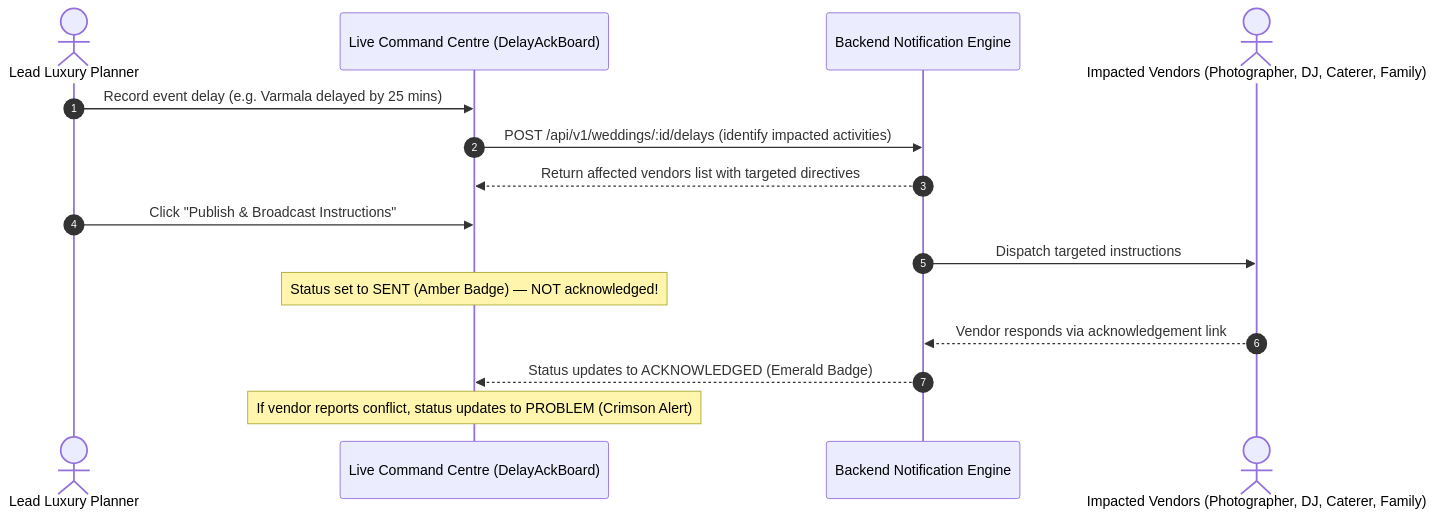
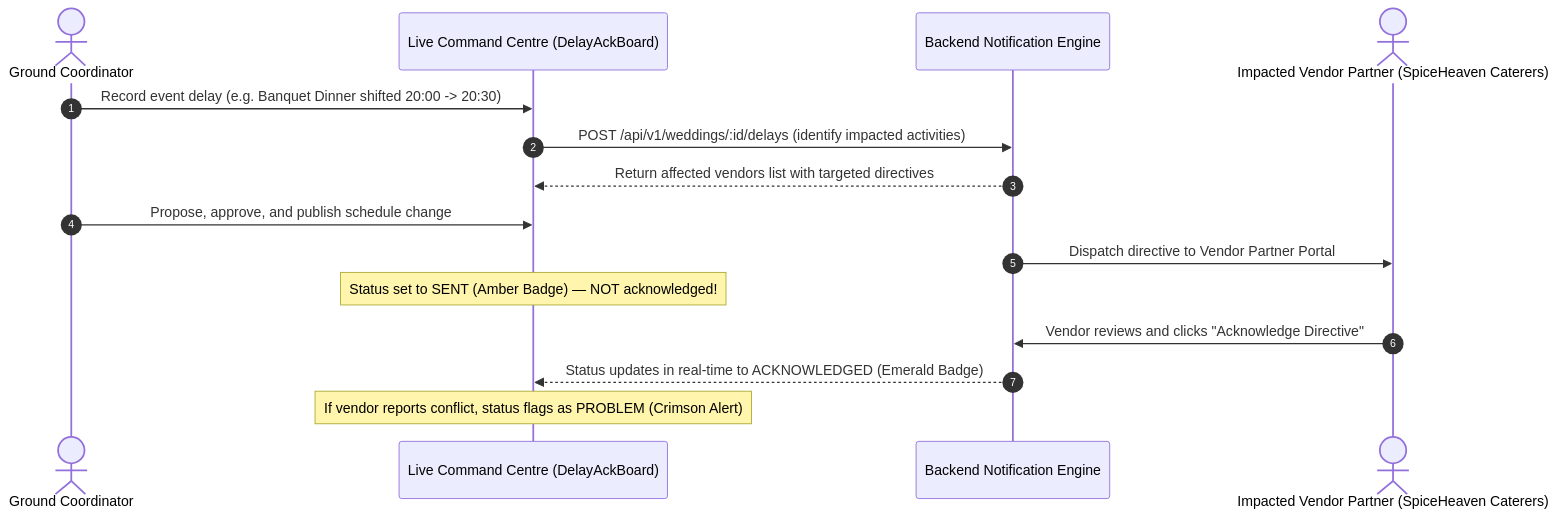
One commit to pavankarthikeyaatchyuta-lab/ODOO_Finals changed the second of 2 diagrams in README.md. Above: the diagram before and after it, drawn with Mermaid. The commit also changed other lines of this file, not shown here.

First line of the commit message:
docs: update README with landing page, multi-stakeholder portals and test suite status

````diff
--- a/README.md
+++ b/README.md
@@ -88,18 +141,18 @@
 ```mermaid
 sequenceDiagram
     autonumber
-    actor Planner as Lead Luxury Planner
+    actor Planner as Ground Coordinator
     participant Command as Live Command Centre (DelayAckBoard)
     participant API as Backend Notification Engine
-    actor Vendors as Impacted Vendors (Photographer, DJ, Caterer, Family)
+    actor Vendor as Impacted Vendor Partner (SpiceHeaven Caterers)
 
-    Planner->>Command: Record event delay (e.g. Varmala delayed by 25 mins)
+    Planner->>Command: Record event delay (e.g. Banquet Dinner shifted 20:00 -> 20:30)
     Command->>API: POST /api/v1/weddings/:id/delays (identify impacted activities)
     API-->>Command: Return affected vendors list with targeted directives
-    Planner->>Command: Click "Publish & Broadcast Instructions"
-    API->>Vendors: Dispatch targeted instructions
+    Planner->>Command: Propose, approve, and publish schedule change
+    API->>Vendor: Dispatch directive to Vendor Partner Portal
     Note over Command: Status set to SENT (Amber Badge) — NOT acknowledged!
-    Vendors-->>API: Vendor responds via acknowledgement link
-    API-->>Command: Status updates to ACKNOWLEDGED (Emerald Badge)
-    Note over Command: If vendor reports conflict, status updates to PROBLEM (Crimson Alert)
+    Vendor->>API: Vendor reviews and clicks "Acknowledge Directive"
+    API-->>Command: Status updates in real-time to ACKNOWLEDGED (Emerald Badge)
+    Note over Command: If vendor reports conflict, status flags as PROBLEM (Crimson Alert)
 ```
````
